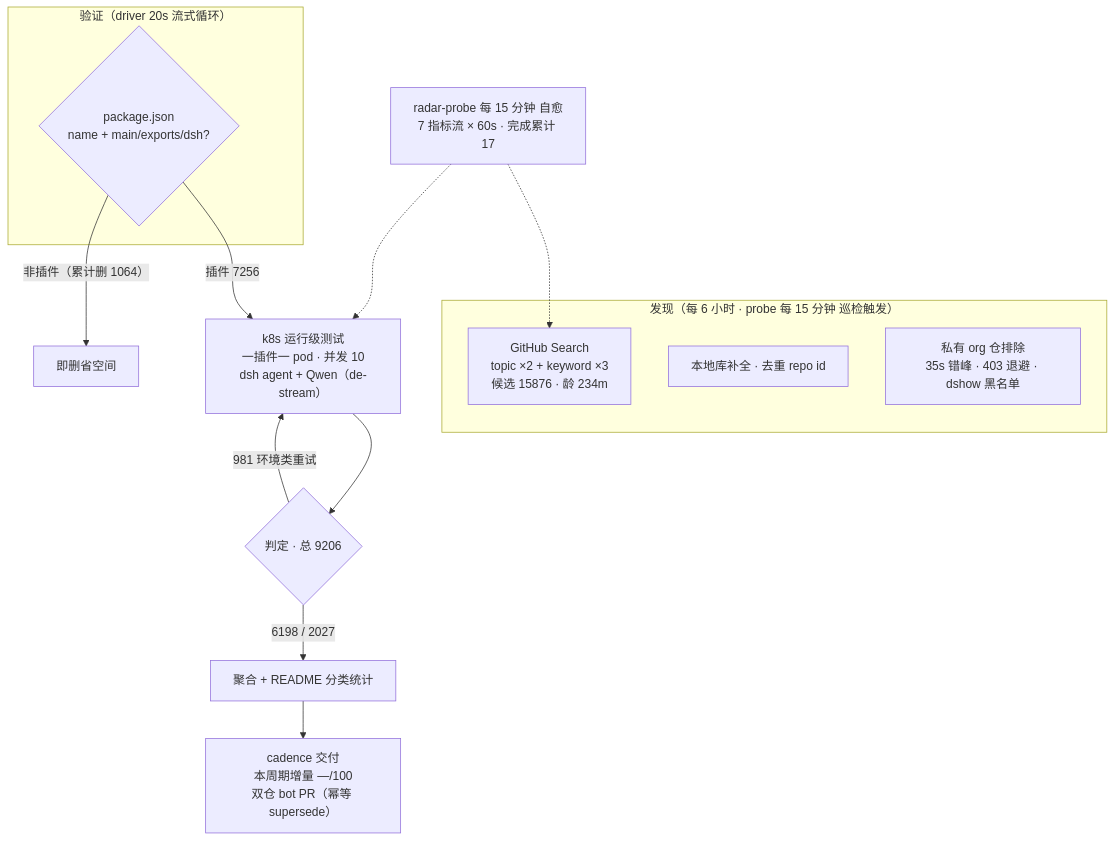
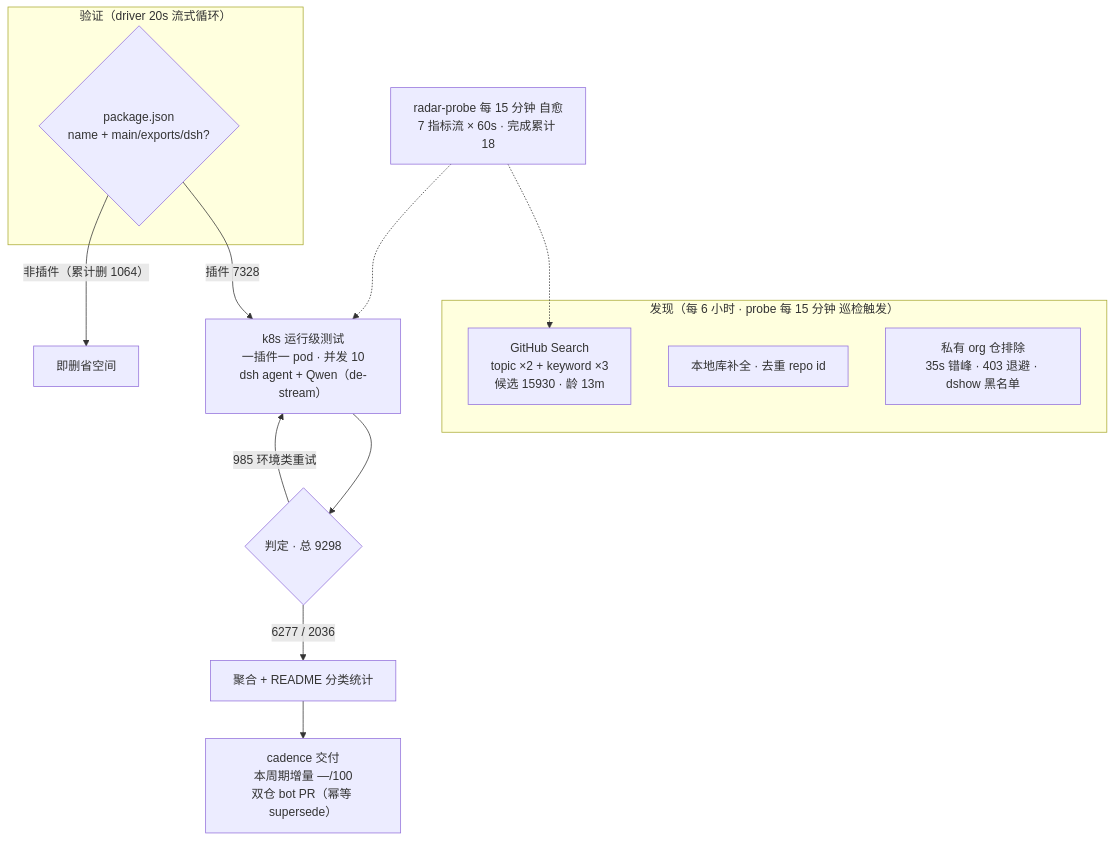
Before and after one commit to Zhidao-Lab-OSS/awesome-dsh-plugins: the diagram in README.md, drawn with Mermaid. The commit also changed other lines of this file and 1 other file, not shown here.

````diff
--- a/README.md
+++ b/README.md
@@ -37,20 +37,20 @@
 ```mermaid
 flowchart TB
     subgraph Discovery["发现（每 6 小时 · probe 每 15 分钟 巡检触发）"]
-        A1["GitHub Search<br/>topic ×2 + keyword ×3<br/>候选 15876 · 龄 234m"]
+        A1["GitHub Search<br/>topic ×2 + keyword ×3<br/>候选 15930 · 龄 13m"]
         A2["本地库补全 · 去重 repo id"]
         A3["私有 org 仓排除<br/>35s 错峰 · 403 退避 · dshow 黑名单"]
     end
     subgraph Validation["验证（driver 20s 流式循环）"]
         B1{"package.json<br/>name + main/exports/dsh?"}
     end
-    B1 -->|"插件 7256"| C1["k8s 运行级测试<br/>一插件一 pod · 并发 10<br/>dsh agent + Qwen（de-stream）"]
+    B1 -->|"插件 7328"| C1["k8s 运行级测试<br/>一插件一 pod · 并发 10<br/>dsh agent + Qwen（de-stream）"]
     B1 -->|"非插件（累计删 1064）"| B3["即删省空间"]
-    C1 --> D1{"判定 · 总 9206"}
-    D1 -->|"6198 / 2027"| E1["聚合 + README 分类统计"]
-    D1 -->|"981 环境类重试"| C1
+    C1 --> D1{"判定 · 总 9298"}
+    D1 -->|"6277 / 2036"| E1["聚合 + README 分类统计"]
+    D1 -->|"985 环境类重试"| C1
     E1 --> E2["cadence 交付<br/>本周期增量 —/100<br/>双仓 bot PR（幂等 supersede）"]
-    M["radar-probe 每 15 分钟 自愈<br/>7 指标流 × 60s · 完成累计 17"]
+    M["radar-probe 每 15 分钟 自愈<br/>7 指标流 × 60s · 完成累计 18"]
     M -.-> A1
     M -.-> C1
 ```
````
